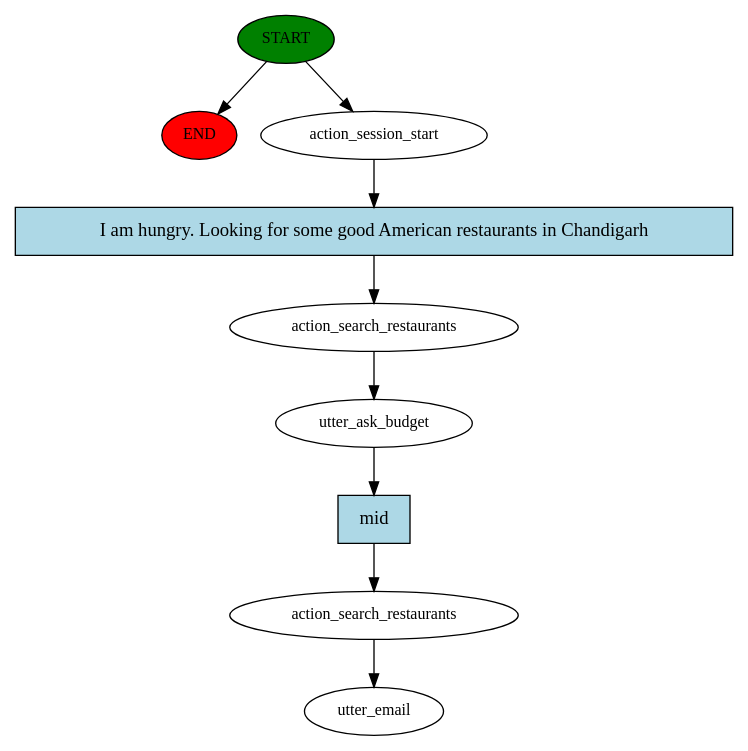
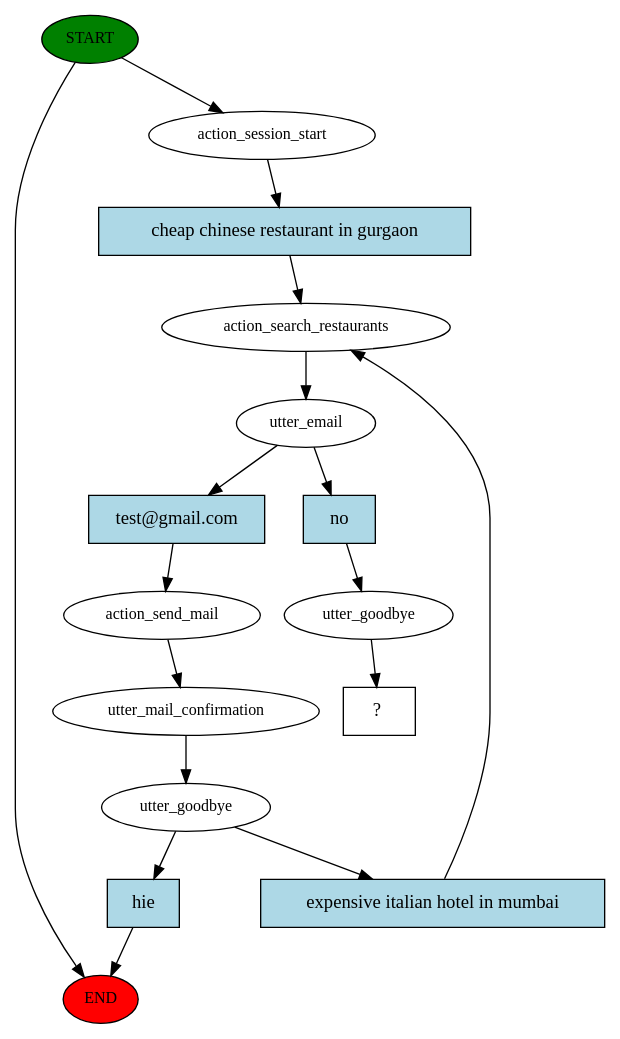
One commit to ahmfrz/restaurant-search-chatbot changed the diagram in story_graph.dot. Above: the diagram before and after it, drawn with Graphviz. The commit also changed 5 other files, not shown here.

```diff
--- a/story_graph.dot
+++ b/story_graph.dot
@@ -1,19 +1,33 @@
 digraph  {
 0 [class="start active", fillcolor=green, fontsize=12, label=START, style=filled];
 "-1" [class=end, fillcolor=red, fontsize=12, label=END, style=filled];
 1 [class=active, fontsize=12, label=action_session_start];
 2 [class=active, fontsize=12, label=action_search_restaurants];
-3 [class=active, fontsize=12, label=utter_ask_budget];
-4 [class=active, fontsize=12, label=action_search_restaurants];
-5 [class="dashed active", fontsize=12, label=utter_email];
-6 [class="intent active", fillcolor=lightblue, label="I am hungry. Looking for some good American restaurants in Chandigarh", shape=rect, style=filled];
-7 [class="intent active", fillcolor=lightblue, label=mid, shape=rect, style=filled];
+3 [class=active, fontsize=12, label=utter_email];
+4 [class=active, fontsize=12, label=action_send_mail];
+5 [class=active, fontsize=12, label=utter_mail_confirmation];
+6 [class=active, fontsize=12, label=utter_goodbye];
+15 [class=active, fontsize=12, label=utter_goodbye];
+16 [class="intent dashed active", label="  ?  ", shape=rect];
+17 [class="intent active", fillcolor=lightblue, label="cheap chinese restaurant in gurgaon", shape=rect, style=filled];
+18 [class="intent active", fillcolor=lightblue, label="test@gmail.com", shape=rect, style=filled];
+19 [class="intent active", fillcolor=lightblue, label=no, shape=rect, style=filled];
+20 [class=intent, fillcolor=lightblue, label=hie, shape=rect, style=filled];
+21 [class="intent active", fillcolor=lightblue, label="expensive italian hotel in mumbai", shape=rect, style=filled];
 0 -> "-1"  [class="", key=NONE, label=""];
 0 -> 1  [class=active, key=NONE, label=""];
-1 -> 6  [class=active, key=0];
+1 -> 17  [class=active, key=0];
 2 -> 3  [class=active, key=NONE, label=""];
-3 -> 7  [class=active, key=0];
+3 -> 18  [class=active, key=0];
+3 -> 19  [class=active, key=0];
 4 -> 5  [class=active, key=NONE, label=""];
-6 -> 2  [class=active, key=0];
-7 -> 4  [class=active, key=0];
+5 -> 6  [class=active, key=NONE, label=""];
+6 -> 20  [class="", key=0];
+6 -> 21  [class=active, key=0];
+15 -> 16  [class=active, key=NONE, label=""];
+17 -> 2  [class=active, key=0];
+18 -> 4  [class=active, key=0];
+19 -> 15  [class=active, key=0];
+20 -> "-1"  [class="", key=0];
+21 -> 2  [class=active, key=0];
 }
```
